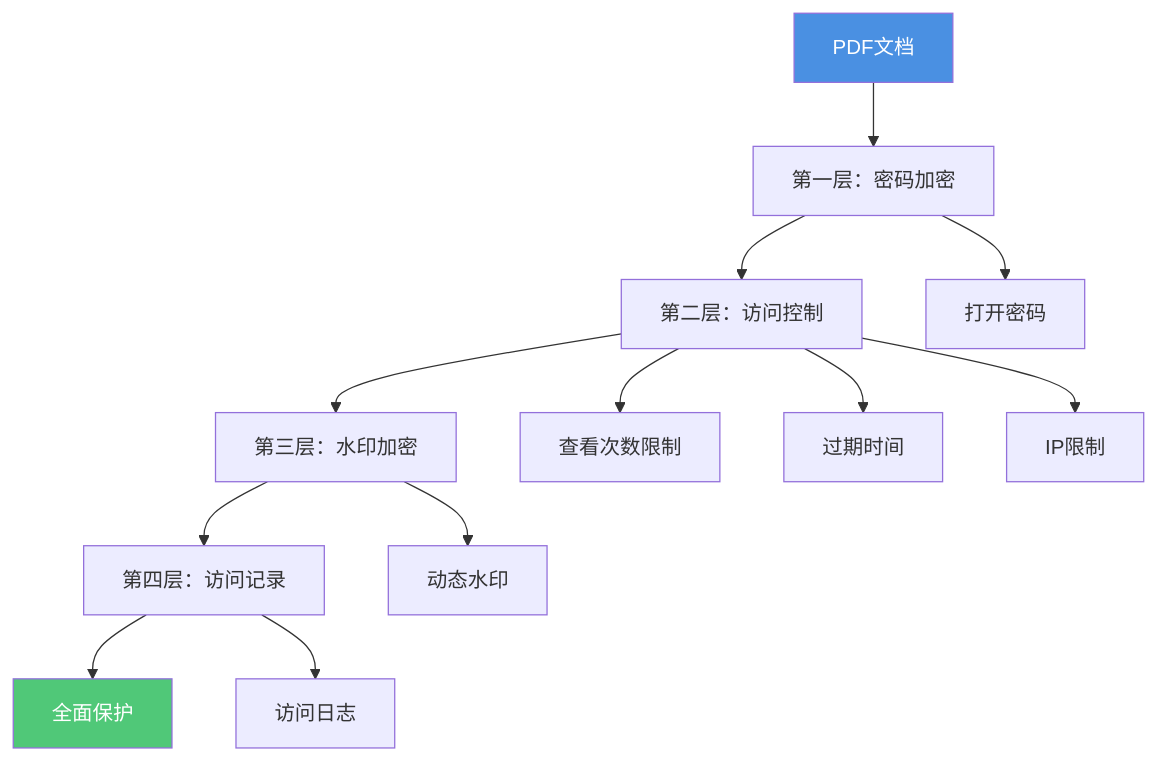
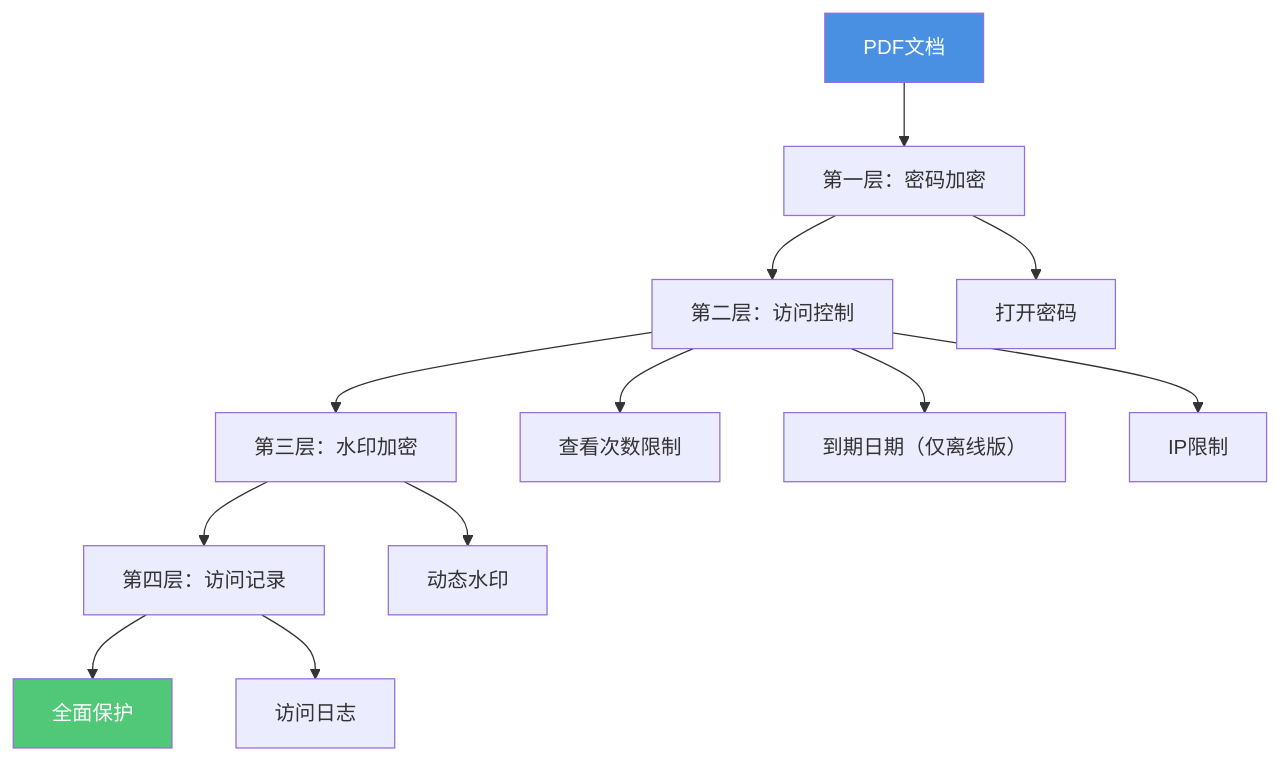
Before and after one commit to mythenigma/cloudflareAstro: the fifth of 5 diagrams in src/content/blog/cn/pdf-encryption-prevent-forwarding-complete-guide.md, drawn with Mermaid. The commit also changed other lines of this file and 127 other files, not shown here.

````diff
--- a/src/content/blog/cn/pdf-encryption-prevent-forwarding-complete-guide.md
+++ b/src/content/blog/cn/pdf-encryption-prevent-forwarding-complete-guide.md
@@ -241,18 +243,18 @@
 ```mermaid
 graph TD
     A[PDF文档] --> B[第一层：密码加密]
     B --> C[第二层：访问控制]
     C --> D[第三层：水印加密]
     D --> E[第四层：访问记录]
     E --> F[全面保护]
     
     B --> B1[打开密码]
     C --> C1[查看次数限制]
-    C --> C2[过期时间]
+    C --> C2[到期日期（仅离线版）]
     C --> C3[IP限制]
     D --> D1[动态水印]
     E --> E1[访问日志]
     
     style A fill:#4A90E2,color:#fff
     style F fill:#50C878,color:#fff
 ```
````
